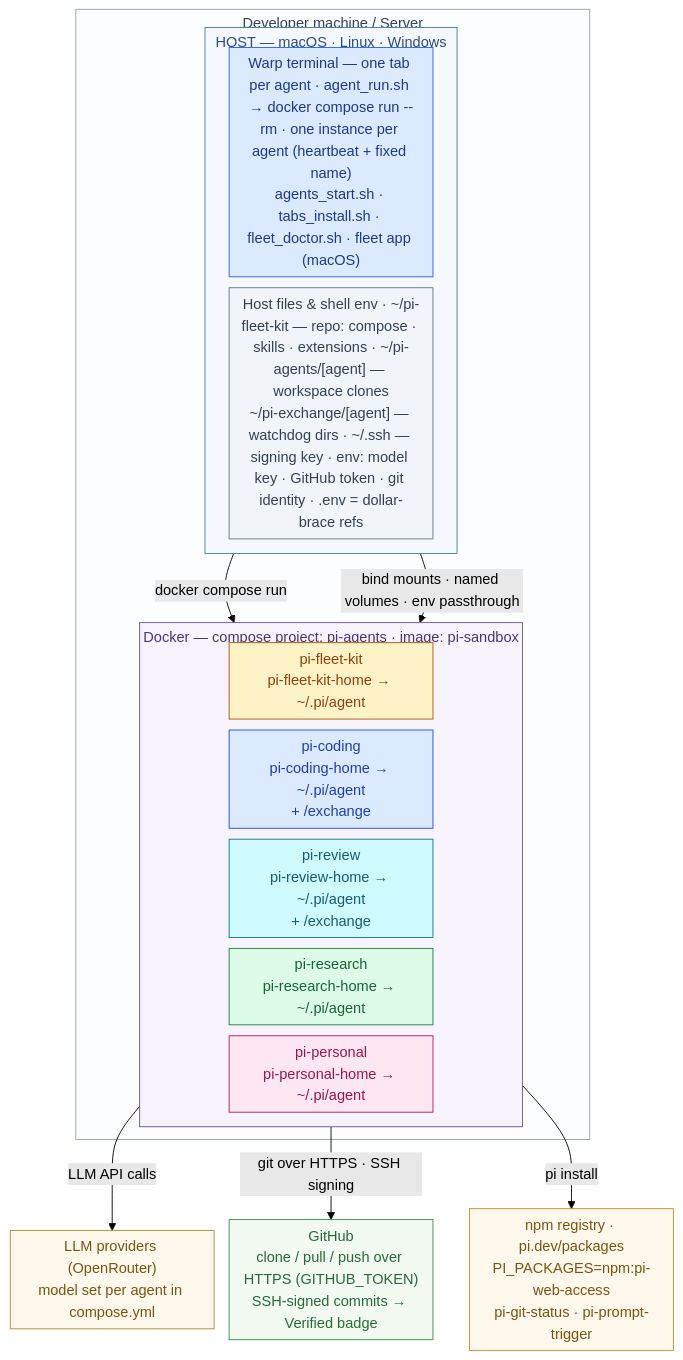
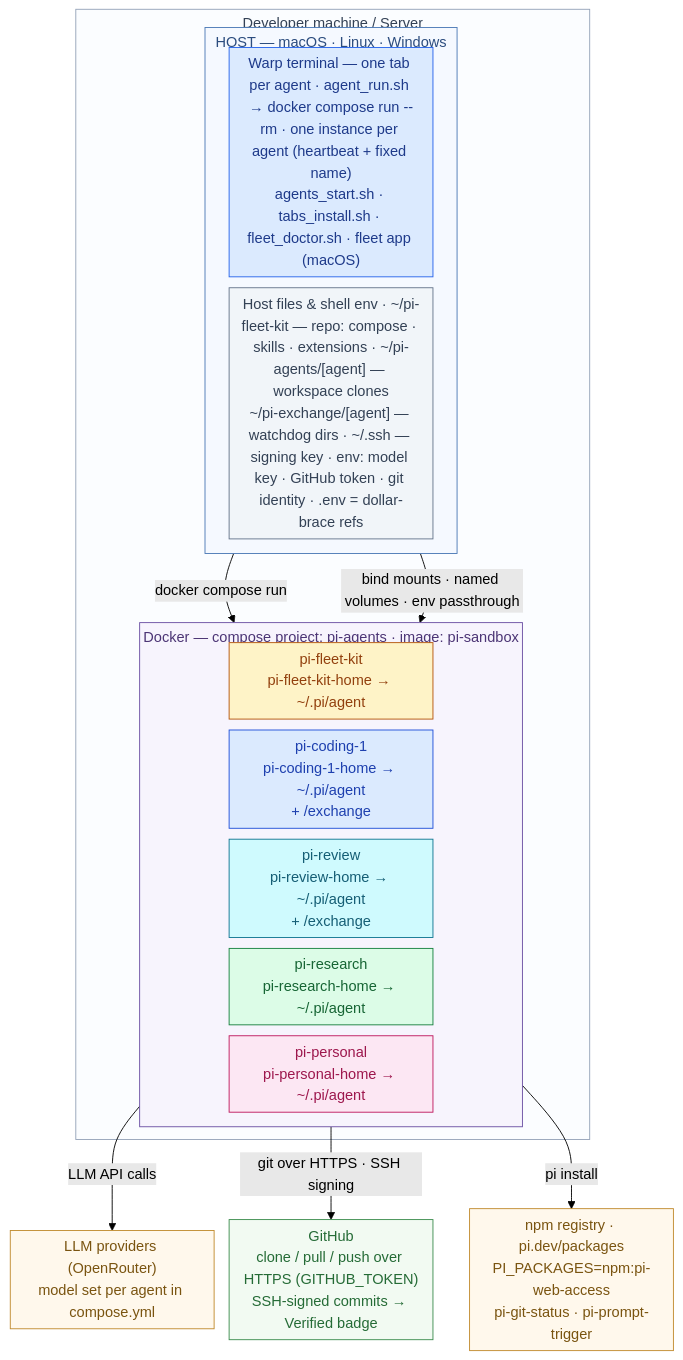
Before and after one commit to didier-durand/pi-fleet-kit: the diagram in README.md, drawn with Mermaid (forest theme). The commit also changed other lines of this file and 9 other files, not shown here.

First line of the commit message:
Rename agent pi-coding to pi-coding-1 (compose, Warp, docs)

````diff
--- a/README.md
+++ b/README.md
@@ -101,50 +101,50 @@
 ```mermaid
 %%{init: {"flowchart": {"nodeSpacing": 12, "rankSpacing": 28, "padding": 6, "diagramPadding": 8, "subGraphTitleMargin": {"top": 4, "bottom": 2}}}}%%
 flowchart TB
   subgraph MACHINE["Developer machine / Server"]
     subgraph HOST["HOST — macOS · Linux · Windows"]
     direction LR
     WARP["Warp terminal — one tab per agent · agent_run.sh → docker compose run --rm · one instance per agent (heartbeat + fixed name)<br/>agents_start.sh · tabs_install.sh · fleet_doctor.sh · fleet app (macOS)"]
     FILES["Host files & shell env · ~/pi-fleet-kit — repo: compose · skills · extensions · ~/pi-agents/[agent] — workspace clones<br/>~/pi-exchange/[agent] — watchdog dirs · ~/.ssh — signing key · env: model key · GitHub token · git identity · .env = dollar-brace refs"]
   end
   subgraph DOCKER["Docker — compose project: pi-agents · image: pi-sandbox"]
     direction LR
     FLEET["pi-fleet-kit<br/>pi-fleet-kit-home → ~/.pi/agent"]
-    CODING["pi-coding<br/>pi-coding-home → ~/.pi/agent<br/>+ /exchange"]
+    CODING["pi-coding-1<br/>pi-coding-1-home → ~/.pi/agent<br/>+ /exchange"]
     REVIEW["pi-review<br/>pi-review-home → ~/.pi/agent<br/>+ /exchange"]
     RESEARCH["pi-research<br/>pi-research-home → ~/.pi/agent"]
     PERSONAL["pi-personal<br/>pi-personal-home → ~/.pi/agent"]
   end
   end
   LLM["LLM providers (OpenRouter)<br/>model set per agent in compose.yml"]
   GH["GitHub<br/>clone / pull / push over HTTPS (GITHUB_TOKEN)<br/>SSH-signed commits → Verified badge"]
   NPM["npm registry · pi.dev/packages<br/>PI_PACKAGES=npm:pi-web-access<br/>pi-git-status · pi-prompt-trigger"]
   HOST -->|"docker compose run"| DOCKER
   HOST -->|"bind mounts · named volumes · env passthrough"| DOCKER
   DOCKER -->|"LLM API calls"| LLM
   DOCKER -->|"git over HTTPS · SSH signing"| GH
   DOCKER -->|"pi install"| NPM
   classDef warp fill:#DBEAFE,stroke:#2563EB,color:#1E3A8A
   classDef files fill:#F1F5F9,stroke:#64748B,color:#334155
   classDef yellow fill:#FEF3C7,stroke:#B45309,color:#92400E
   classDef blue fill:#DBEAFE,stroke:#1D4ED8,color:#1E40AF
   classDef cyan fill:#CFFAFE,stroke:#0E7490,color:#155E75
   classDef green fill:#DCFCE7,stroke:#15803D,color:#166534
   classDef magenta fill:#FCE7F3,stroke:#BE185D,color:#9D174D
   classDef llm fill:#FFF8EC,stroke:#C08A2D,color:#7A5410
   classDef gh fill:#F2FAF2,stroke:#3C8C4E,color:#256B36
   classDef npm fill:#FFF8EC,stroke:#C08A2D,color:#7A5410
   class WARP warp
   class FILES files
   class FLEET yellow
   class CODING blue
   class REVIEW cyan
   class RESEARCH green
   class PERSONAL magenta
   class LLM llm
   class GH gh
   class NPM npm
   style HOST fill:#F5F9FF,stroke:#4A78B5,color:#2B4C7E
   style DOCKER fill:#F7F4FD,stroke:#6A4FA3,color:#4C3575
   style MACHINE fill:#FBFDFF,stroke:#94A3B8,color:#334155
 ```
````
